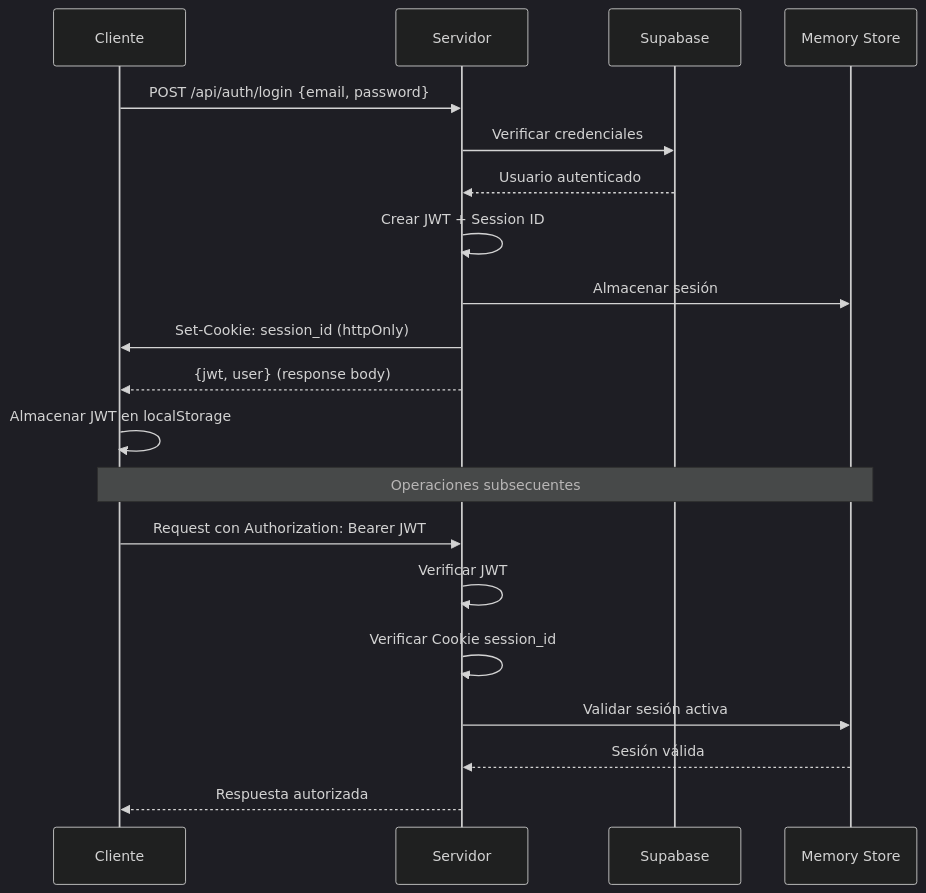
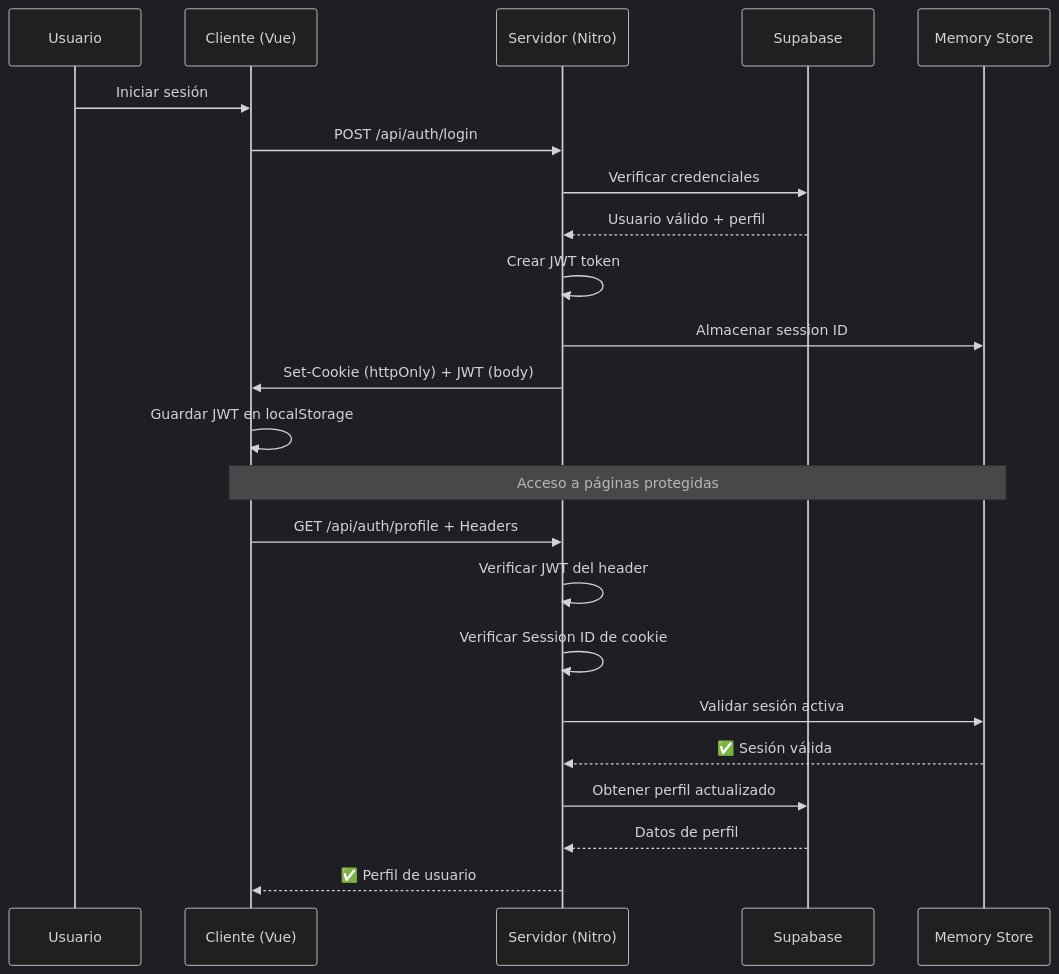
One commit to andrescristi/liberador_inaplast_nuxt changed the diagram in README.md. Above: the diagram before and after it, drawn with Mermaid (dark theme). The commit also changed other lines of this file, not shown here.

````diff
--- a/README.md
+++ b/README.md
@@ -512,24 +551,27 @@
 ```mermaid
 sequenceDiagram
-    participant C as Cliente
-    participant S as Servidor
+    participant U as Usuario
+    participant C as Cliente (Vue)
+    participant S as Servidor (Nitro)
     participant DB as Supabase
     participant M as Memory Store
     
-    C->>S: POST /api/auth/login {email, password}
+    U->>C: Iniciar sesión
+    C->>S: POST /api/auth/login
     S->>DB: Verificar credenciales
-    DB-->>S: Usuario autenticado
-    S->>S: Crear JWT + Session ID
-    S->>M: Almacenar sesión
-    S->>C: Set-Cookie: session_id (httpOnly)
-    S-->>C: {jwt, user} (response body)
-    C->>C: Almacenar JWT en localStorage
+    DB-->>S: Usuario válido + perfil
+    S->>S: Crear JWT token
+    S->>M: Almacenar session ID
+    S->>C: Set-Cookie (httpOnly) + JWT (body)
+    C->>C: Guardar JWT en localStorage
     
-    Note over C,M: Operaciones subsecuentes
-    C->>S: Request con Authorization: Bearer JWT
-    S->>S: Verificar JWT
-    S->>S: Verificar Cookie session_id
+    Note over C,M: Acceso a páginas protegidas
+    C->>S: GET /api/auth/profile + Headers
+    S->>S: Verificar JWT del header
+    S->>S: Verificar Session ID de cookie
     S->>M: Validar sesión activa
-    M-->>S: Sesión válida
-    S-->>C: Respuesta autorizada
+    M-->>S: ✅ Sesión válida
+    S->>DB: Obtener perfil actualizado
+    DB-->>S: Datos de perfil
+    S-->>C: ✅ Perfil de usuario
 ```
````
